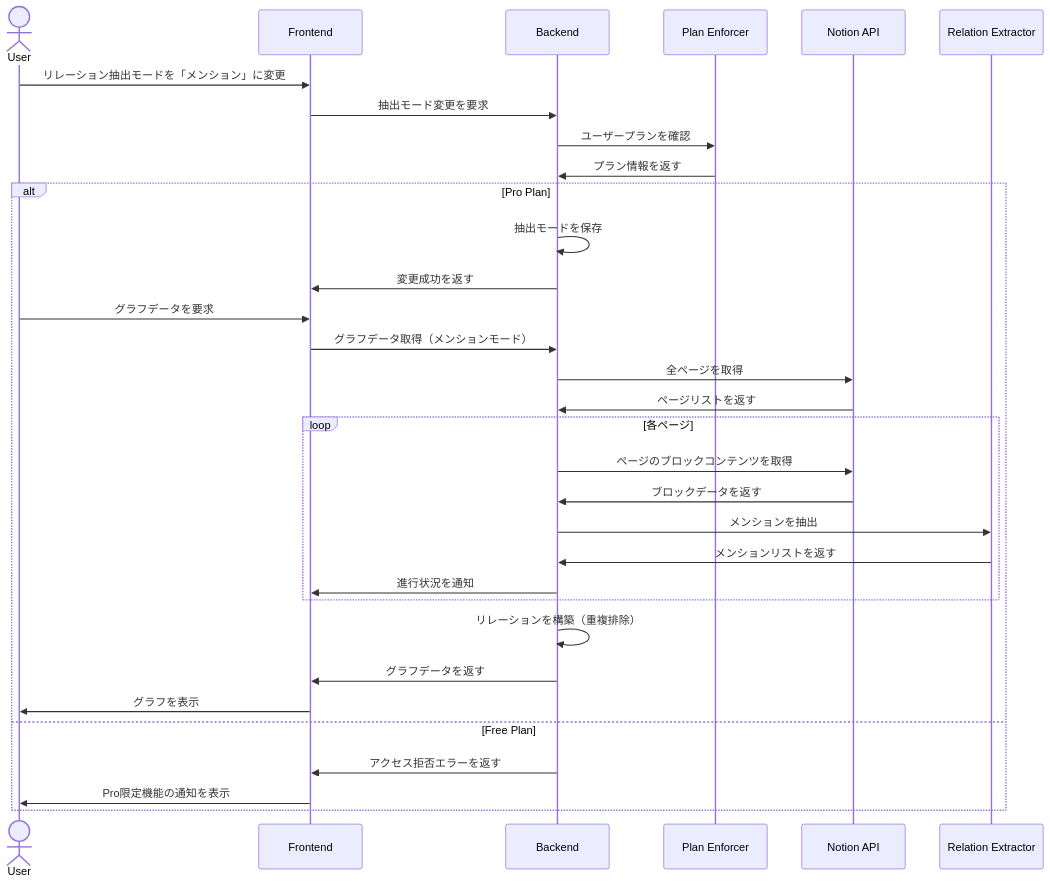
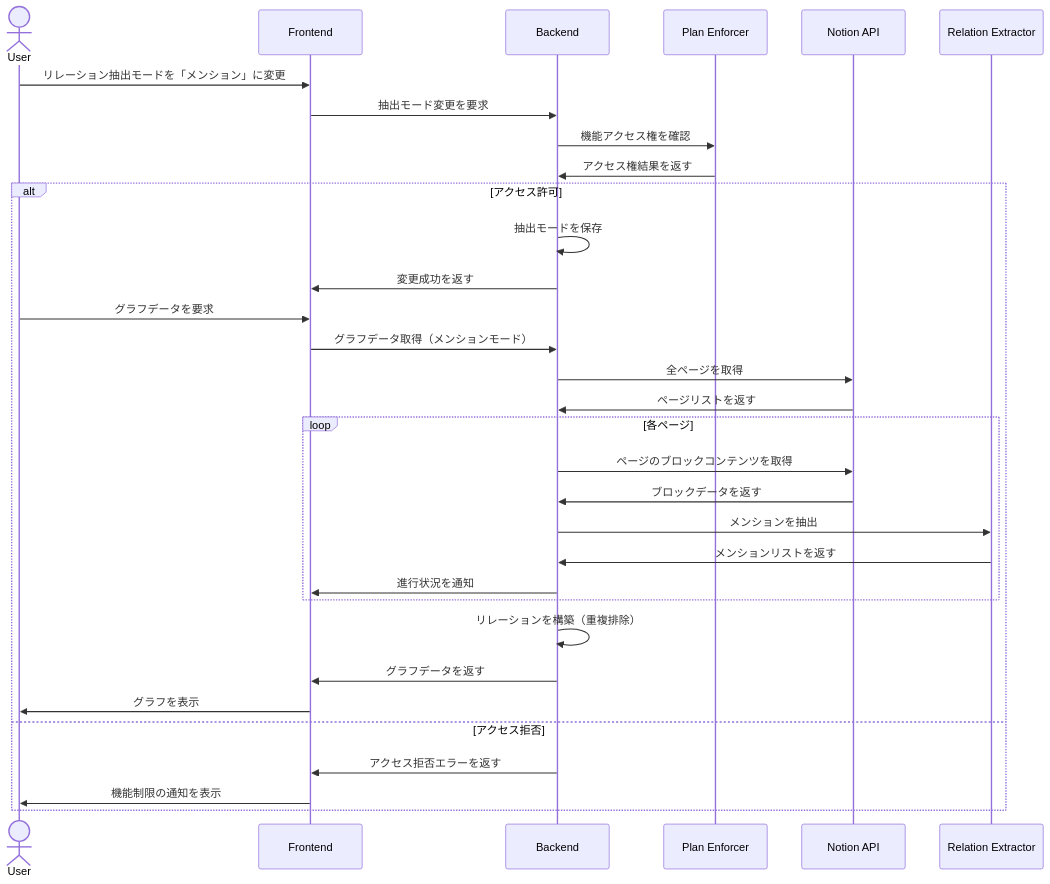
One commit to argondev22/notion-relation-view changed the third of 9 diagrams in .kiro/specs/notion-relation-view/design.md. Above: the diagram before and after it, drawn with Mermaid. The commit also changed other lines of this file, not shown here.

First line of the commit message:
docs(notion-relation-view): refactor plan-specific language to generic access control terminology

````diff
--- a/.kiro/specs/notion-relation-view/design.md
+++ b/.kiro/specs/notion-relation-view/design.md
@@ -101,38 +101,38 @@
 ```mermaid
 sequenceDiagram
     actor User
     participant Frontend
     participant Backend
     participant PlanEnforcer as Plan Enforcer
     participant NotionAPI as Notion API
     participant RelationExtractor as Relation Extractor
 
     User->>Frontend: リレーション抽出モードを「メンション」に変更
     Frontend->>Backend: 抽出モード変更を要求
-    Backend->>PlanEnforcer: ユーザープランを確認
-    PlanEnforcer->>Backend: プラン情報を返す
+    Backend->>PlanEnforcer: 機能アクセス権を確認
+    PlanEnforcer->>Backend: アクセス権結果を返す
 
-    alt Pro Plan
+    alt アクセス許可
         Backend->>Backend: 抽出モードを保存
         Backend->>Frontend: 変更成功を返す
         User->>Frontend: グラフデータを要求
         Frontend->>Backend: グラフデータ取得（メンションモード）
         Backend->>NotionAPI: 全ページを取得
         NotionAPI->>Backend: ページリストを返す
 
         loop 各ページ
             Backend->>NotionAPI: ページのブロックコンテンツを取得
             NotionAPI->>Backend: ブロックデータを返す
             Backend->>RelationExtractor: メンションを抽出
             RelationExtractor->>Backend: メンションリストを返す
             Backend->>Frontend: 進行状況を通知
         end
 
         Backend->>Backend: リレーションを構築（重複排除）
         Backend->>Frontend: グラフデータを返す
         Frontend->>User: グラフを表示
-    else Free Plan
+    else アクセス拒否
         Backend->>Frontend: アクセス拒否エラーを返す
-        Frontend->>User: Pro限定機能の通知を表示
+        Frontend->>User: 機能制限の通知を表示
     end
 ```
````
